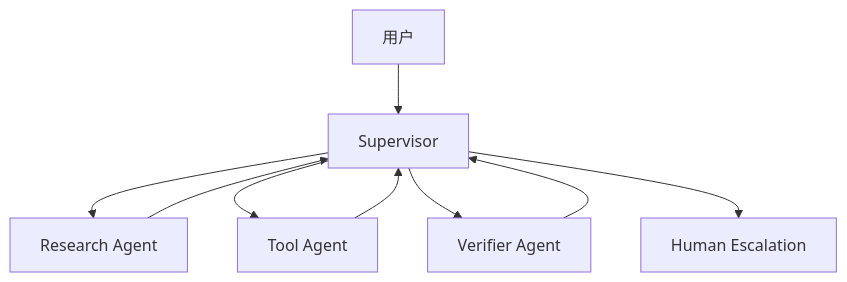
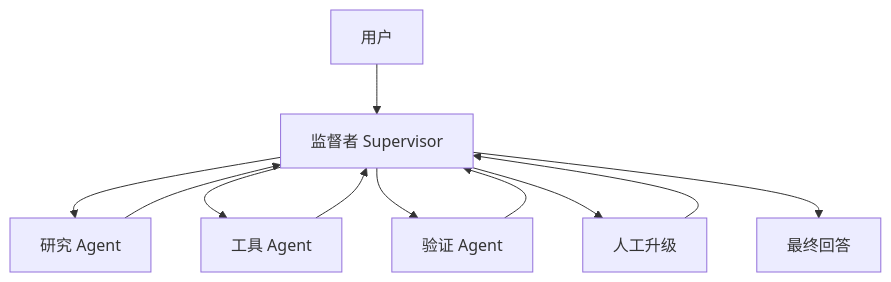
One commit to muchengit/agent-top changed the diagram in docs/zh/cases/多Agent客服案例.md. Above: the diagram before and after it, drawn with Mermaid. The commit also changed other lines of this file and 8 other files, not shown here.

````diff
--- a/docs/zh/cases/多Agent客服案例.md
+++ b/docs/zh/cases/多Agent客服案例.md
@@ -15,11 +24,13 @@
 ```mermaid
 flowchart TD
-  U[用户] --> S[Supervisor]
-  S --> R[Research Agent]
-  S --> T[Tool Agent]
-  S --> V[Verifier Agent]
-  S --> H[Human Escalation]
+  U[用户] --> S[监督者 Supervisor]
+  S --> R[研究 Agent]
+  S --> T[工具 Agent]
+  S --> V[验证 Agent]
+  S --> H[人工升级]
   R --> S
   T --> S
   V --> S
+  H --> S
+  S --> A[最终回答]
 ```
````
